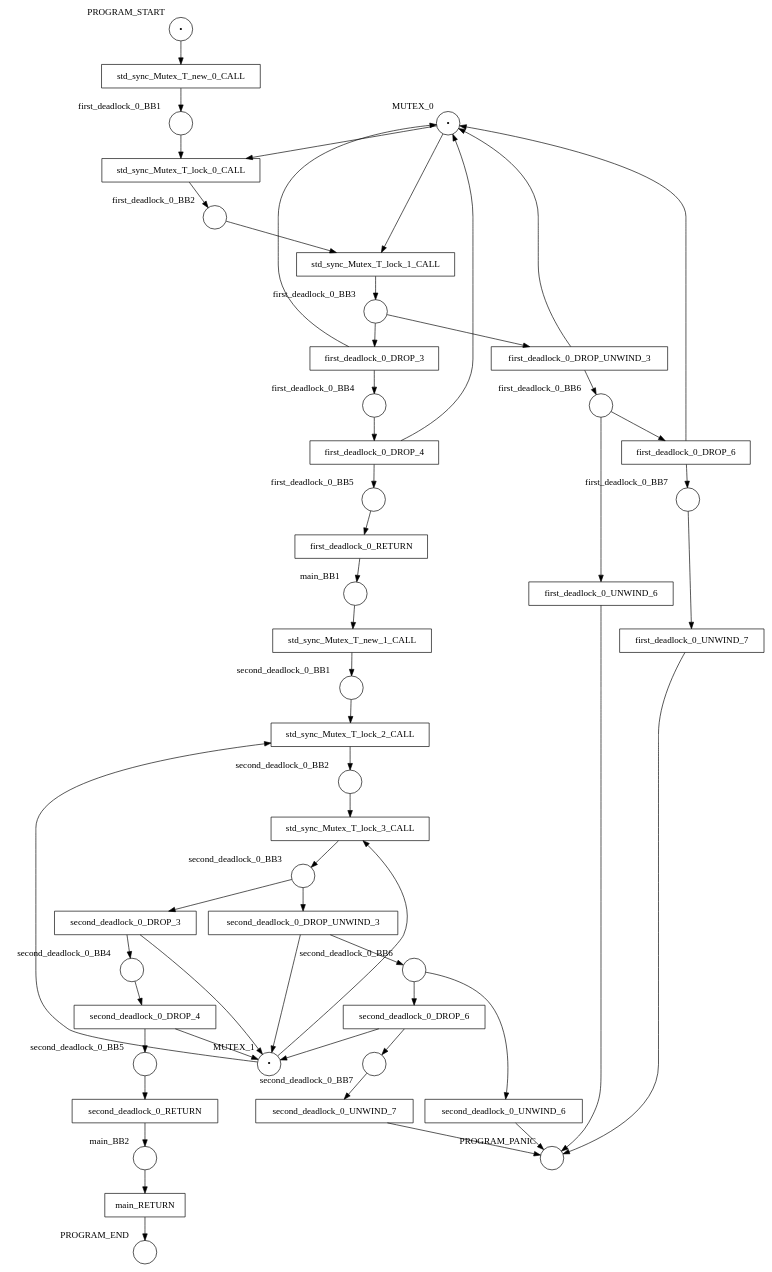
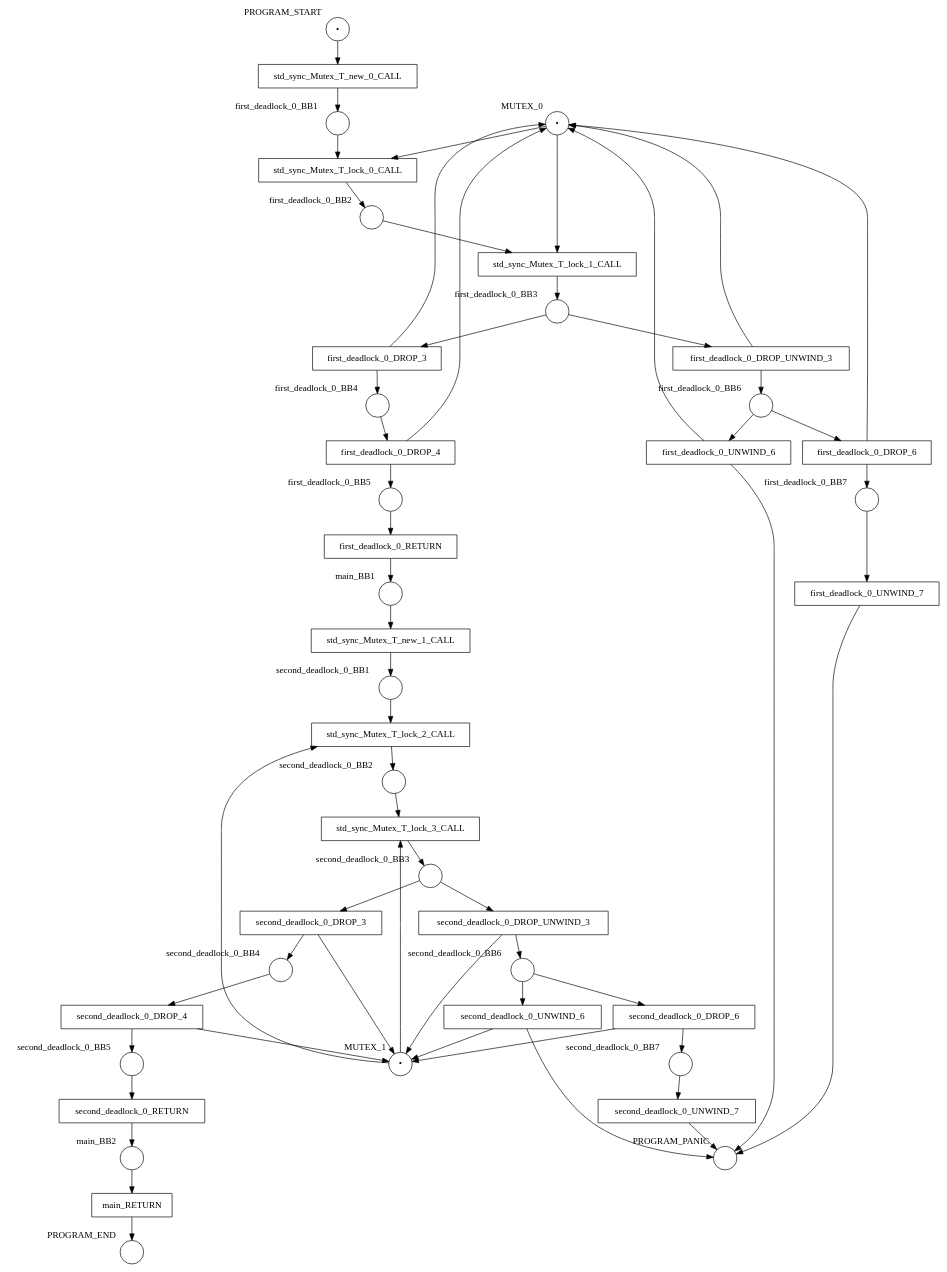
The diagram in examples/results/mutex/double_lock_deadlock_in_function/net.dot (hlisdero/cargo-check-deadlock), drawn with Graphviz before and after one commit. The commit also changed 20 other files, not shown here.

```diff
--- a/examples/results/mutex/double_lock_deadlock_in_function/net.dot
+++ b/examples/results/mutex/double_lock_deadlock_in_function/net.dot
@@ -1,98 +1,100 @@
 digraph petrinet {
     MUTEX_0 [shape="circle" xlabel="MUTEX_0" label="•"];
     MUTEX_1 [shape="circle" xlabel="MUTEX_1" label="•"];
     PROGRAM_END [shape="circle" xlabel="PROGRAM_END" label=""];
     PROGRAM_PANIC [shape="circle" xlabel="PROGRAM_PANIC" label=""];
     PROGRAM_START [shape="circle" xlabel="PROGRAM_START" label="•"];
     first_deadlock_0_BB1 [shape="circle" xlabel="first_deadlock_0_BB1" label=""];
     first_deadlock_0_BB2 [shape="circle" xlabel="first_deadlock_0_BB2" label=""];
     first_deadlock_0_BB3 [shape="circle" xlabel="first_deadlock_0_BB3" label=""];
     first_deadlock_0_BB4 [shape="circle" xlabel="first_deadlock_0_BB4" label=""];
     first_deadlock_0_BB5 [shape="circle" xlabel="first_deadlock_0_BB5" label=""];
     first_deadlock_0_BB6 [shape="circle" xlabel="first_deadlock_0_BB6" label=""];
     first_deadlock_0_BB7 [shape="circle" xlabel="first_deadlock_0_BB7" label=""];
     main_BB1 [shape="circle" xlabel="main_BB1" label=""];
     main_BB2 [shape="circle" xlabel="main_BB2" label=""];
     second_deadlock_0_BB1 [shape="circle" xlabel="second_deadlock_0_BB1" label=""];
     second_deadlock_0_BB2 [shape="circle" xlabel="second_deadlock_0_BB2" label=""];
     second_deadlock_0_BB3 [shape="circle" xlabel="second_deadlock_0_BB3" label=""];
     second_deadlock_0_BB4 [shape="circle" xlabel="second_deadlock_0_BB4" label=""];
     second_deadlock_0_BB5 [shape="circle" xlabel="second_deadlock_0_BB5" label=""];
     second_deadlock_0_BB6 [shape="circle" xlabel="second_deadlock_0_BB6" label=""];
     second_deadlock_0_BB7 [shape="circle" xlabel="second_deadlock_0_BB7" label=""];
     first_deadlock_0_DROP_3 [shape="box" xlabel="" label="first_deadlock_0_DROP_3"];
     first_deadlock_0_DROP_4 [shape="box" xlabel="" label="first_deadlock_0_DROP_4"];
     first_deadlock_0_DROP_6 [shape="box" xlabel="" label="first_deadlock_0_DROP_6"];
     first_deadlock_0_DROP_UNWIND_3 [shape="box" xlabel="" label="first_deadlock_0_DROP_UNWIND_3"];
     first_deadlock_0_RETURN [shape="box" xlabel="" label="first_deadlock_0_RETURN"];
     first_deadlock_0_UNWIND_6 [shape="box" xlabel="" label="first_deadlock_0_UNWIND_6"];
     first_deadlock_0_UNWIND_7 [shape="box" xlabel="" label="first_deadlock_0_UNWIND_7"];
     main_RETURN [shape="box" xlabel="" label="main_RETURN"];
     second_deadlock_0_DROP_3 [shape="box" xlabel="" label="second_deadlock_0_DROP_3"];
     second_deadlock_0_DROP_4 [shape="box" xlabel="" label="second_deadlock_0_DROP_4"];
     second_deadlock_0_DROP_6 [shape="box" xlabel="" label="second_deadlock_0_DROP_6"];
     second_deadlock_0_DROP_UNWIND_3 [shape="box" xlabel="" label="second_deadlock_0_DROP_UNWIND_3"];
     second_deadlock_0_RETURN [shape="box" xlabel="" label="second_deadlock_0_RETURN"];
     second_deadlock_0_UNWIND_6 [shape="box" xlabel="" label="second_deadlock_0_UNWIND_6"];
     second_deadlock_0_UNWIND_7 [shape="box" xlabel="" label="second_deadlock_0_UNWIND_7"];
     std_sync_Mutex_T_lock_0_CALL [shape="box" xlabel="" label="std_sync_Mutex_T_lock_0_CALL"];
     std_sync_Mutex_T_lock_1_CALL [shape="box" xlabel="" label="std_sync_Mutex_T_lock_1_CALL"];
     std_sync_Mutex_T_lock_2_CALL [shape="box" xlabel="" label="std_sync_Mutex_T_lock_2_CALL"];
     std_sync_Mutex_T_lock_3_CALL [shape="box" xlabel="" label="std_sync_Mutex_T_lock_3_CALL"];
     std_sync_Mutex_T_new_0_CALL [shape="box" xlabel="" label="std_sync_Mutex_T_new_0_CALL"];
     std_sync_Mutex_T_new_1_CALL [shape="box" xlabel="" label="std_sync_Mutex_T_new_1_CALL"];
     MUTEX_0 -> std_sync_Mutex_T_lock_0_CALL;
     MUTEX_0 -> std_sync_Mutex_T_lock_1_CALL;
     MUTEX_1 -> std_sync_Mutex_T_lock_2_CALL;
     MUTEX_1 -> std_sync_Mutex_T_lock_3_CALL;
     PROGRAM_START -> std_sync_Mutex_T_new_0_CALL;
     first_deadlock_0_BB1 -> std_sync_Mutex_T_lock_0_CALL;
     first_deadlock_0_BB2 -> std_sync_Mutex_T_lock_1_CALL;
     first_deadlock_0_BB3 -> first_deadlock_0_DROP_3;
     first_deadlock_0_BB3 -> first_deadlock_0_DROP_UNWIND_3;
     first_deadlock_0_BB4 -> first_deadlock_0_DROP_4;
     first_deadlock_0_BB5 -> first_deadlock_0_RETURN;
     first_deadlock_0_BB6 -> first_deadlock_0_DROP_6;
     first_deadlock_0_BB6 -> first_deadlock_0_UNWIND_6;
     first_deadlock_0_BB7 -> first_deadlock_0_UNWIND_7;
     main_BB1 -> std_sync_Mutex_T_new_1_CALL;
     main_BB2 -> main_RETURN;
     second_deadlock_0_BB1 -> std_sync_Mutex_T_lock_2_CALL;
     second_deadlock_0_BB2 -> std_sync_Mutex_T_lock_3_CALL;
     second_deadlock_0_BB3 -> second_deadlock_0_DROP_3;
     second_deadlock_0_BB3 -> second_deadlock_0_DROP_UNWIND_3;
     second_deadlock_0_BB4 -> second_deadlock_0_DROP_4;
     second_deadlock_0_BB5 -> second_deadlock_0_RETURN;
     second_deadlock_0_BB6 -> second_deadlock_0_DROP_6;
     second_deadlock_0_BB6 -> second_deadlock_0_UNWIND_6;
     second_deadlock_0_BB7 -> second_deadlock_0_UNWIND_7;
     first_deadlock_0_DROP_3 -> MUTEX_0;
     first_deadlock_0_DROP_3 -> first_deadlock_0_BB4;
     first_deadlock_0_DROP_4 -> MUTEX_0;
     first_deadlock_0_DROP_4 -> first_deadlock_0_BB5;
     first_deadlock_0_DROP_6 -> MUTEX_0;
     first_deadlock_0_DROP_6 -> first_deadlock_0_BB7;
     first_deadlock_0_DROP_UNWIND_3 -> MUTEX_0;
     first_deadlock_0_DROP_UNWIND_3 -> first_deadlock_0_BB6;
     first_deadlock_0_RETURN -> main_BB1;
+    first_deadlock_0_UNWIND_6 -> MUTEX_0;
     first_deadlock_0_UNWIND_6 -> PROGRAM_PANIC;
     first_deadlock_0_UNWIND_7 -> PROGRAM_PANIC;
     main_RETURN -> PROGRAM_END;
     second_deadlock_0_DROP_3 -> MUTEX_1;
     second_deadlock_0_DROP_3 -> second_deadlock_0_BB4;
     second_deadlock_0_DROP_4 -> MUTEX_1;
     second_deadlock_0_DROP_4 -> second_deadlock_0_BB5;
     second_deadlock_0_DROP_6 -> MUTEX_1;
     second_deadlock_0_DROP_6 -> second_deadlock_0_BB7;
     second_deadlock_0_DROP_UNWIND_3 -> MUTEX_1;
     second_deadlock_0_DROP_UNWIND_3 -> second_deadlock_0_BB6;
     second_deadlock_0_RETURN -> main_BB2;
+    second_deadlock_0_UNWIND_6 -> MUTEX_1;
     second_deadlock_0_UNWIND_6 -> PROGRAM_PANIC;
     second_deadlock_0_UNWIND_7 -> PROGRAM_PANIC;
     std_sync_Mutex_T_lock_0_CALL -> first_deadlock_0_BB2;
     std_sync_Mutex_T_lock_1_CALL -> first_deadlock_0_BB3;
     std_sync_Mutex_T_lock_2_CALL -> second_deadlock_0_BB2;
     std_sync_Mutex_T_lock_3_CALL -> second_deadlock_0_BB3;
     std_sync_Mutex_T_new_0_CALL -> first_deadlock_0_BB1;
     std_sync_Mutex_T_new_1_CALL -> second_deadlock_0_BB1;
 }
```
